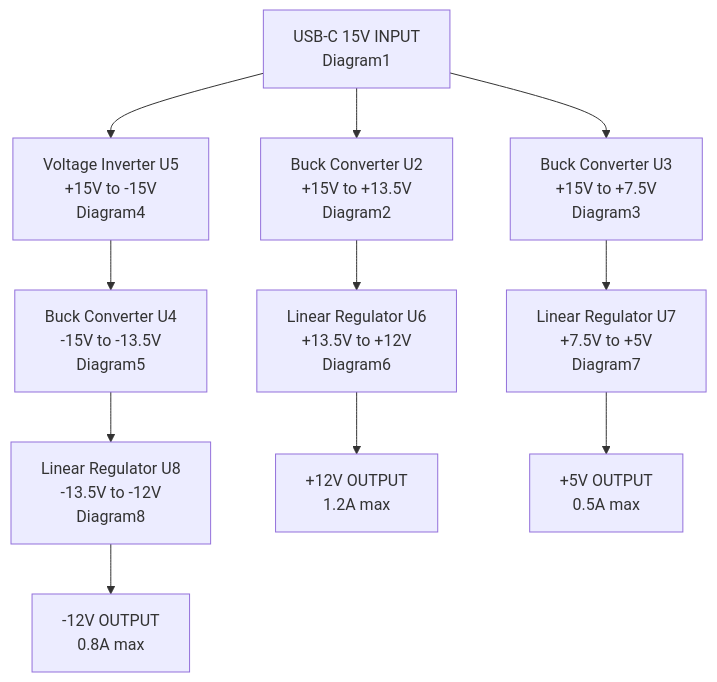
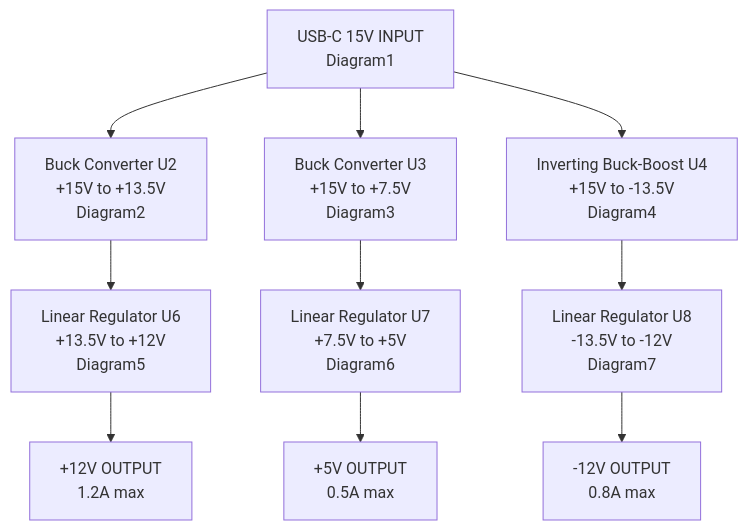
The diagram in doc/docs/inbox/circuit-diagrams.mdx (Takazudo/zudo-power-usb-pd), drawn with Mermaid before and after one commit. The commit also changed other lines of this file and 12 other files, not shown here.

First line of the commit message:
refactor: replace flyback converter with single-stage inverting buck-boost

````diff
--- a/doc/docs/inbox/circuit-diagrams.mdx
+++ b/doc/docs/inbox/circuit-diagrams.mdx
@@ -23,53 +24,48 @@
 ```mermaid
 flowchart TD
     USB["USB-C 15V INPUT
     Diagram1"]
 
     D2["Buck Converter U2
     +15V to +13.5V
     Diagram2"]
 
     D3["Buck Converter U3
     +15V to +7.5V
     Diagram3"]
 
-    D4["Voltage Inverter U5
-    +15V to -15V
+    D4["Inverting Buck-Boost U4
+    +15V to -13.5V
     Diagram4"]
 
-    D5["Buck Converter U4
-    -15V to -13.5V
+    D5["Linear Regulator U6
+    +13.5V to +12V
     Diagram5"]
 
-    D6["Linear Regulator U6
-    +13.5V to +12V
+    D6["Linear Regulator U7
+    +7.5V to +5V
     Diagram6"]
 
-    D7["Linear Regulator U7
-    +7.5V to +5V
+    D7["Linear Regulator U8
+    -13.5V to -12V
     Diagram7"]
-
-    D8["Linear Regulator U8
-    -13.5V to -12V
-    Diagram8"]
 
     OUT1["+12V OUTPUT
     1.2A max"]
 
     OUT2["+5V OUTPUT
     0.5A max"]
 
     OUT3["-12V OUTPUT
     0.8A max"]
 
     USB --> D2
     USB --> D3
     USB --> D4
-    D2 --> D6
-    D3 --> D7
-    D4 --> D5
-    D5 --> D8
-    D6 --> OUT1
-    D7 --> OUT2
-    D8 --> OUT3
+    D2 --> D5
+    D3 --> D6
+    D4 --> D7
+    D5 --> OUT1
+    D6 --> OUT2
+    D7 --> OUT3
 ```
````
